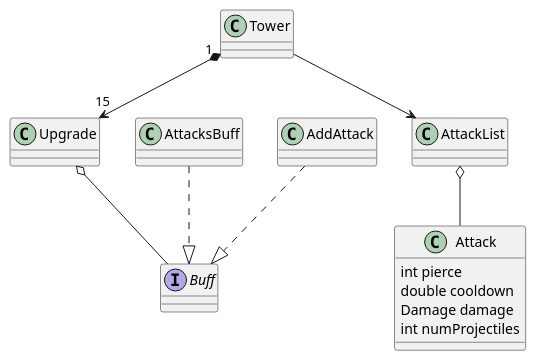
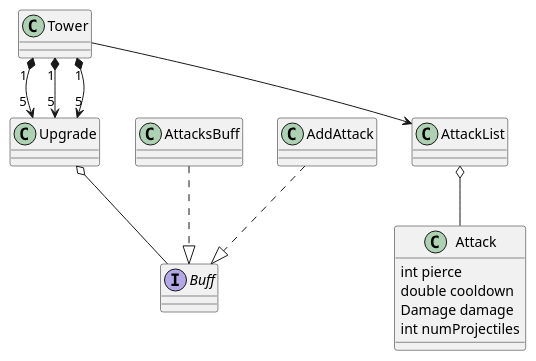
The diagram in docs/btd6classdiagram.puml (Smanmos/btd6-helper), drawn with PlantUML before and after one commit.

Commit message:
Split tower upgrades into paths

```diff
--- a/docs/btd6classdiagram.puml
+++ b/docs/btd6classdiagram.puml
@@ -1,15 +1,17 @@
 @startuml
 interface Buff
 
 Attack : int pierce
 Attack : double cooldown
 Attack : Damage damage
 Attack : int numProjectiles
 
 Upgrade o-- Buff
 AttacksBuff ..|> Buff
 AddAttack ..|> Buff
 AttackList o-- Attack
-Tower "1" *--> "15" Upgrade
+Tower "1" *--> "5" Upgrade
+Tower "1" *--> "5" Upgrade
+Tower "1" *--> "5" Upgrade
 Tower --> AttackList
 @enduml
```
